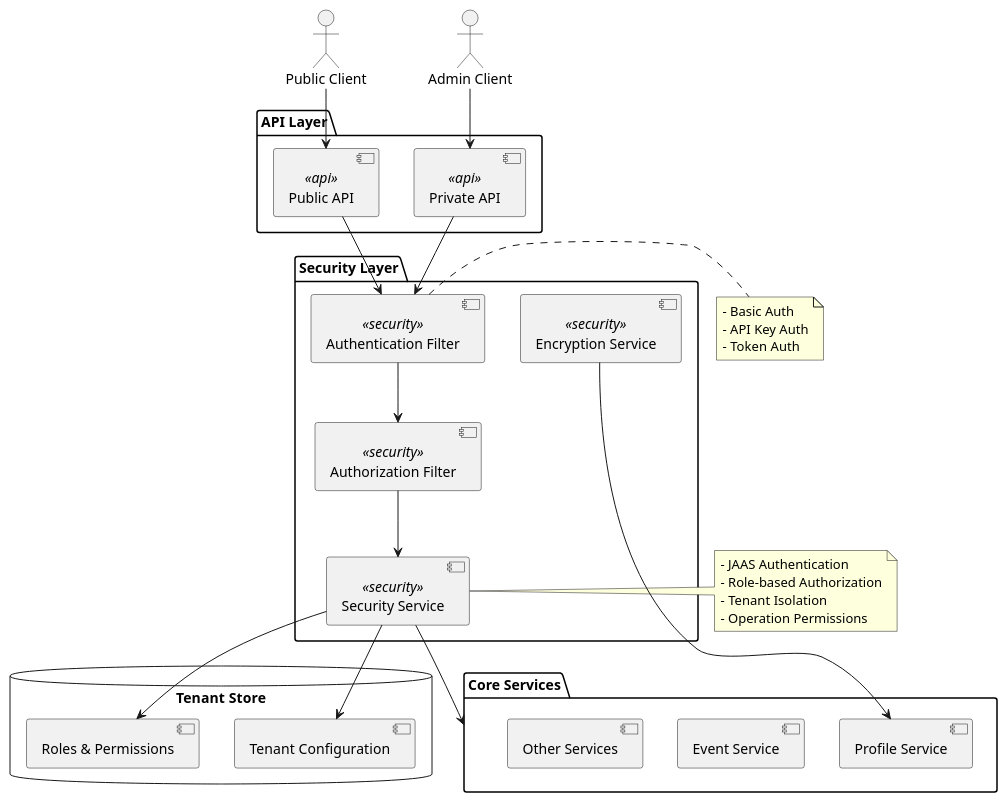
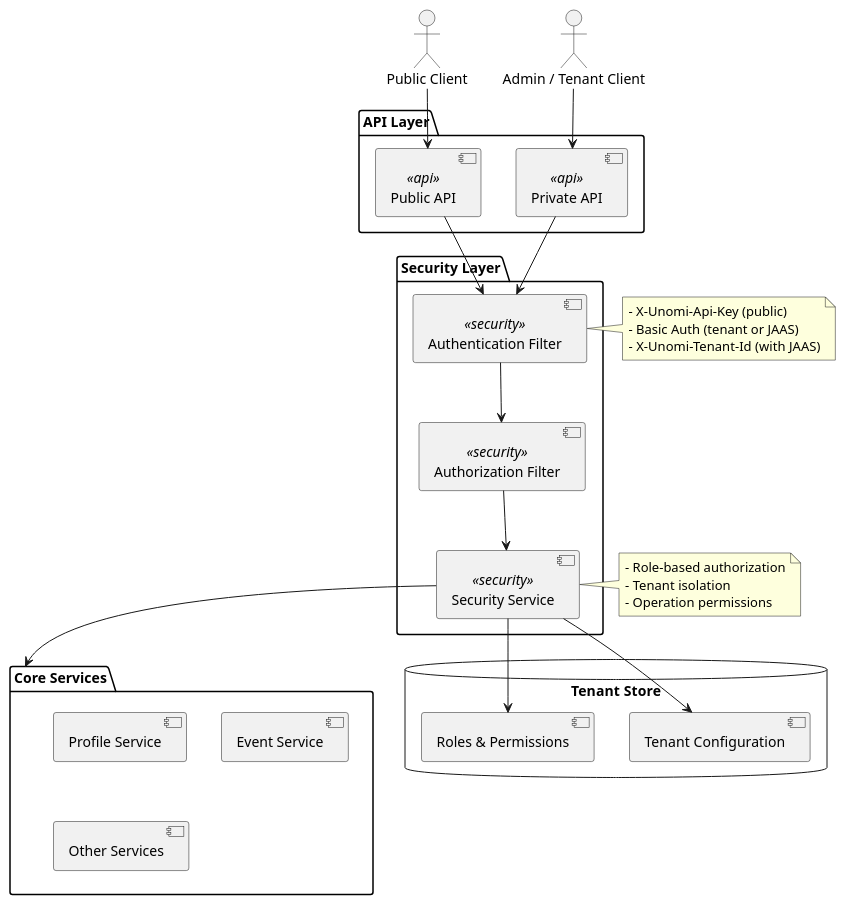
Before and after one commit to apache/unomi: the second of 3 diagrams in manual/src/main/asciidoc/security.adoc, drawn with PlantUML. The commit also changed other lines of this file and 24 other files, not shown here.

First line of the commit message:
UNOMI-969: Align manual with Unomi 3.1 auth and TOC structure

```diff
--- a/manual/src/main/asciidoc/security.adoc
+++ b/manual/src/main/asciidoc/security.adoc
@@ -17,60 +76,56 @@
 [plantuml]
 ----
 @startuml
 skinparam componentStyle uml2
 
 package "Security Layer" {
   [Security Service] <<security>>
   [Authentication Filter] <<security>>
   [Authorization Filter] <<security>>
-  [Encryption Service] <<security>>
 }
 
 package "API Layer" {
   [Public API] <<api>>
   [Private API] <<api>>
 }
 
 package "Core Services" {
   [Profile Service]
   [Event Service]
   [Other Services]
 }
 
 actor "Public Client" as public
-actor "Admin Client" as admin
+actor "Admin / Tenant Client" as admin
 
 database "Tenant Store" {
   [Tenant Configuration]
   [Roles & Permissions]
 }
 
 public --> [Public API]
 admin --> [Private API]
 
 [Public API] --> [Authentication Filter]
 [Private API] --> [Authentication Filter]
 
 [Authentication Filter] --> [Authorization Filter]
 [Authorization Filter] --> [Security Service]
 [Security Service] --> [Tenant Configuration]
 [Security Service] --> [Roles & Permissions]
+[Security Service] --> [Core Services]
 
-[Security Service] --> [Core Services]
-[Encryption Service] --> [Profile Service]
+note right of [Authentication Filter]
+  - X-Unomi-Api-Key (public)
+  - Basic Auth (tenant or JAAS)
+  - X-Unomi-Tenant-Id (with JAAS)
+end note
 
 note right of [Security Service]
-  - JAAS Authentication
-  - Role-based Authorization
-  - Tenant Isolation
-  - Operation Permissions
-end note
-
-note right of [Authentication Filter]
-  - Basic Auth
-  - API Key Auth
-  - Token Auth
+  - Role-based authorization
+  - Tenant isolation
+  - Operation permissions
 end note
 
 @enduml
 ----
```
